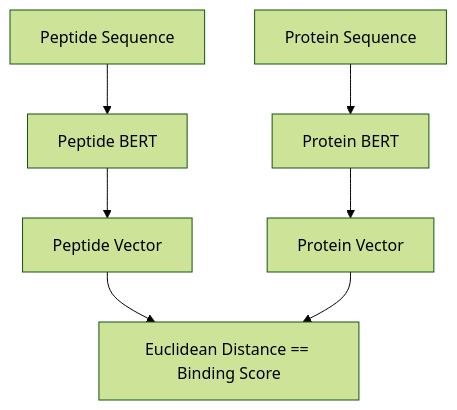
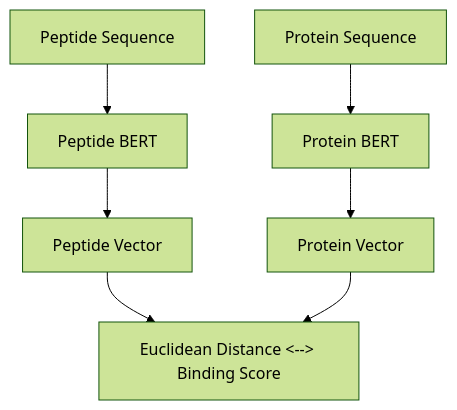
Before and after one commit to RoniGurvich/Peptriever: the second of 2 diagrams in README.md, drawn with Mermaid (forest theme). The commit also changed other lines of this file and 1 other file, not shown here.

````diff
--- a/README.md
+++ b/README.md
@@ -8,7 +85,7 @@
 ```mermaid
 flowchart TD
     protein_sequence[Protein Sequence] --> protein_encoder[Protein BERT] --> protein_vector[Protein Vector]
     peptide_sequence[Peptide Sequence] --> peptide_encoder[Peptide BERT] --> peptide_vector[Peptide Vector]
-    peptide_vector --> euclidean[Euclidean Distance == Binding Score] 
+    peptide_vector --> euclidean[Euclidean Distance <--> Binding Score] 
     protein_vector --> euclidean
 ```
````
